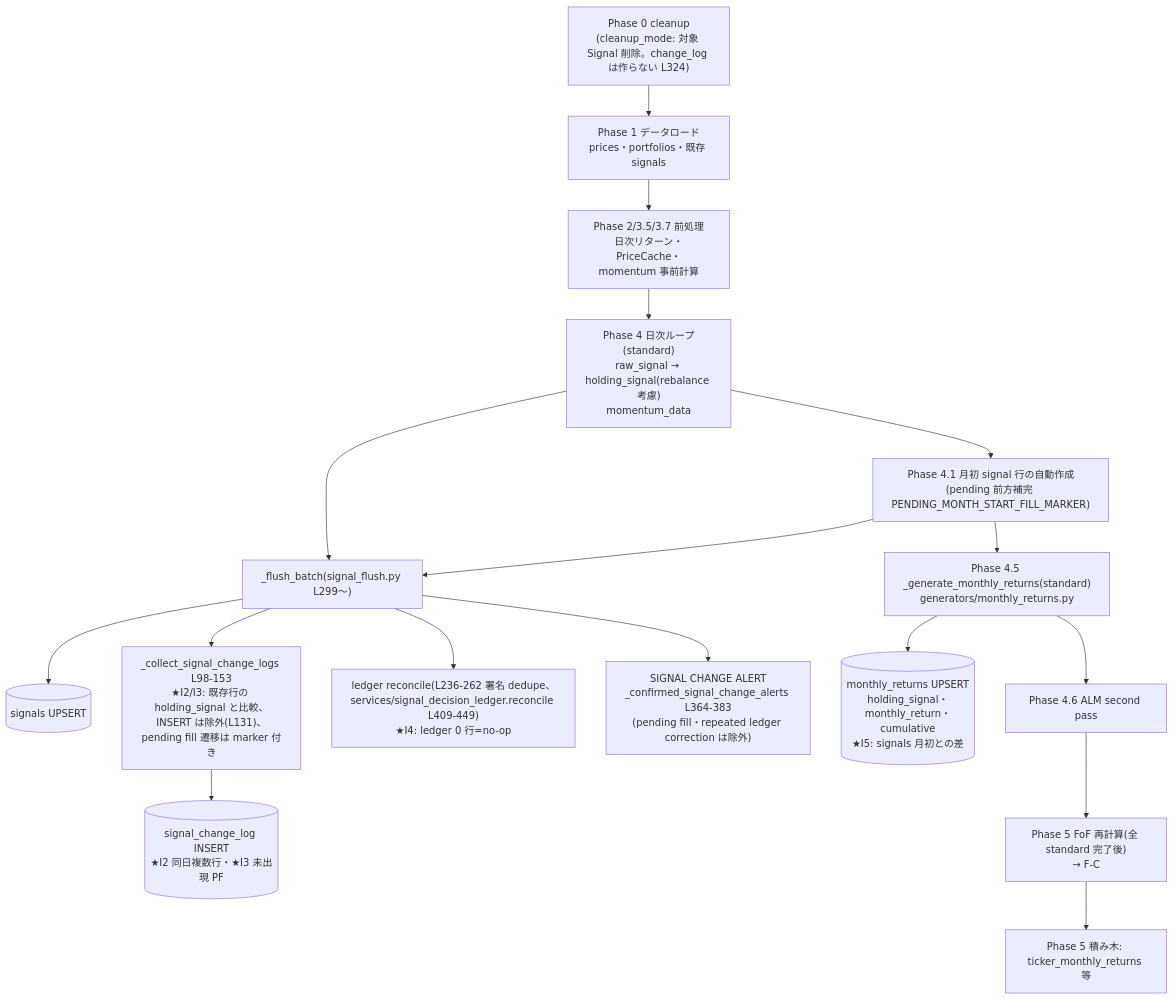
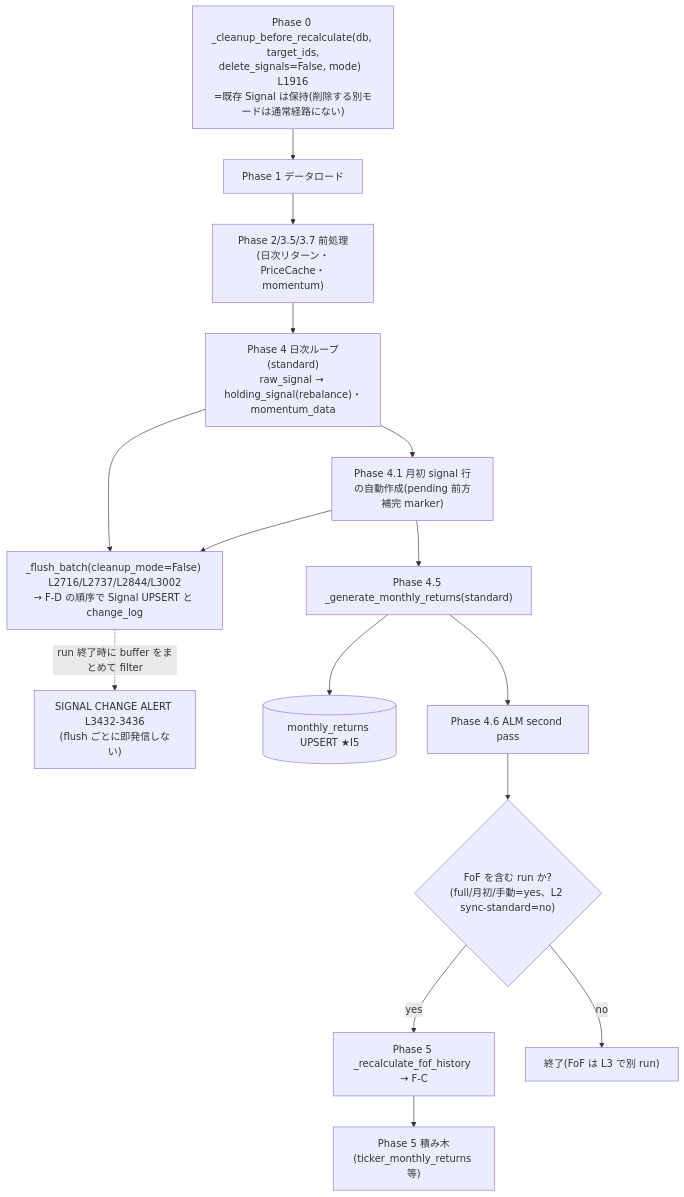
One commit to simokitafresh/multi-agent-shogun changed the second of 6 diagrams in docs/research/dm-signal-production-inconsistency-asis-tobe_20260906.md. Above: the diagram before and after it, drawn with Mermaid. The commit also changed other lines of this file, not shown here.

Commit message:
docs(research): prod inconsistency v0.7 — karo R3 adopted (cron L5/month-start, Phase0 delete_signals=False, flush order, ledger URL, causality hedged, dead-code 4-class)

````diff
--- a/docs/research/dm-signal-production-inconsistency-asis-tobe_20260906.md
+++ b/docs/research/dm-signal-production-inconsistency-asis-tobe_20260906.md
@@ -59,19 +64,16 @@
 ```mermaid
 flowchart TD
-  P0["Phase 0 cleanup<br/>(cleanup_mode: 対象 Signal 削除。change_log は作らない L324)"] --> P1["Phase 1 データロード<br/>prices・portfolios・既存 signals"]
-  P1 --> P2["Phase 2/3.5/3.7 前処理<br/>日次リターン・PriceCache・momentum 事前計算"]
-  P2 --> P4["Phase 4 日次ループ(standard)<br/>raw_signal → holding_signal(rebalance 考慮)<br/>momentum_data"]
-  P4 --> FB["_flush_batch(signal_flush.py L299〜)"]
-  FB --> S[("signals UPSERT")]
-  FB --> CL["_collect_signal_change_logs L98-153<br/>★I2/I3: 既存行の holding_signal と比較、<br/>INSERT は除外(L131)、pending fill 遷移は marker 付き"]
-  CL --> CLT[("signal_change_log INSERT<br/>★I2 同日複数行・★I3 未出現 PF")]
-  FB --> LR["ledger reconcile(L236-262 署名 dedupe、<br/>services/signal_decision_ledger.reconcile L409-449)<br/>★I4: ledger 0 行=no-op"]
-  P4 --> P41["Phase 4.1 月初 signal 行の自動作成<br/>(pending 前方補完 PENDING_MONTH_START_FILL_MARKER)"]
-  P41 --> FB
-  P41 --> P45["Phase 4.5 _generate_monthly_returns(standard)<br/>generators/monthly_returns.py"]
-  P45 --> MR[("monthly_returns UPSERT<br/>holding_signal・monthly_return・cumulative<br/>★I5: signals 月初との差")]
+  P0["Phase 0 _cleanup_before_recalculate(db, target_ids,<br/>delete_signals=False, mode)  L1916<br/>=既存 Signal は保持(削除する別モードは通常経路にない)"] --> P1["Phase 1 データロード"]
+  P1 --> P2["Phase 2/3.5/3.7 前処理(日次リターン・PriceCache・momentum)"]
+  P2 --> P4["Phase 4 日次ループ(standard)<br/>raw_signal → holding_signal(rebalance)・momentum_data"]
+  P4 --> FB["_flush_batch(cleanup_mode=False) L2716/L2737/L2844/L3002<br/>→ F-D の順序で Signal UPSERT と change_log"]
+  P4 --> P41["Phase 4.1 月初 signal 行の自動作成(pending 前方補完 marker)"] --> FB
+  P41 --> P45["Phase 4.5 _generate_monthly_returns(standard)"]
+  P45 --> MR[("monthly_returns UPSERT ★I5")]
   P45 --> P46["Phase 4.6 ALM second pass"]
-  P46 --> P5["Phase 5 FoF 再計算(全 standard 完了後)<br/>→ F-C"]
-  P5 --> BB["Phase 5 積み木: ticker_monthly_returns 等"]
-  FB --> AL["SIGNAL CHANGE ALERT<br/>_confirmed_signal_change_alerts L364-383<br/>(pending fill・repeated ledger correction は除外)"]
+  P46 --> P5{"FoF を含む run か?<br/>(full/月初/手動=yes、L2 sync-standard=no)"}
+  P5 -->|yes| FOF["Phase 5 _recalculate_fof_history → F-C"]
+  P5 -->|no| END["終了(FoF は L3 で別 run)"]
+  FOF --> BB["Phase 5 積み木(ticker_monthly_returns 等)"]
+  FB -.->|"run 終了時に buffer をまとめて filter"| AL["SIGNAL CHANGE ALERT L3432-3436<br/>(flush ごとに即発信しない)"]
 ```
````
